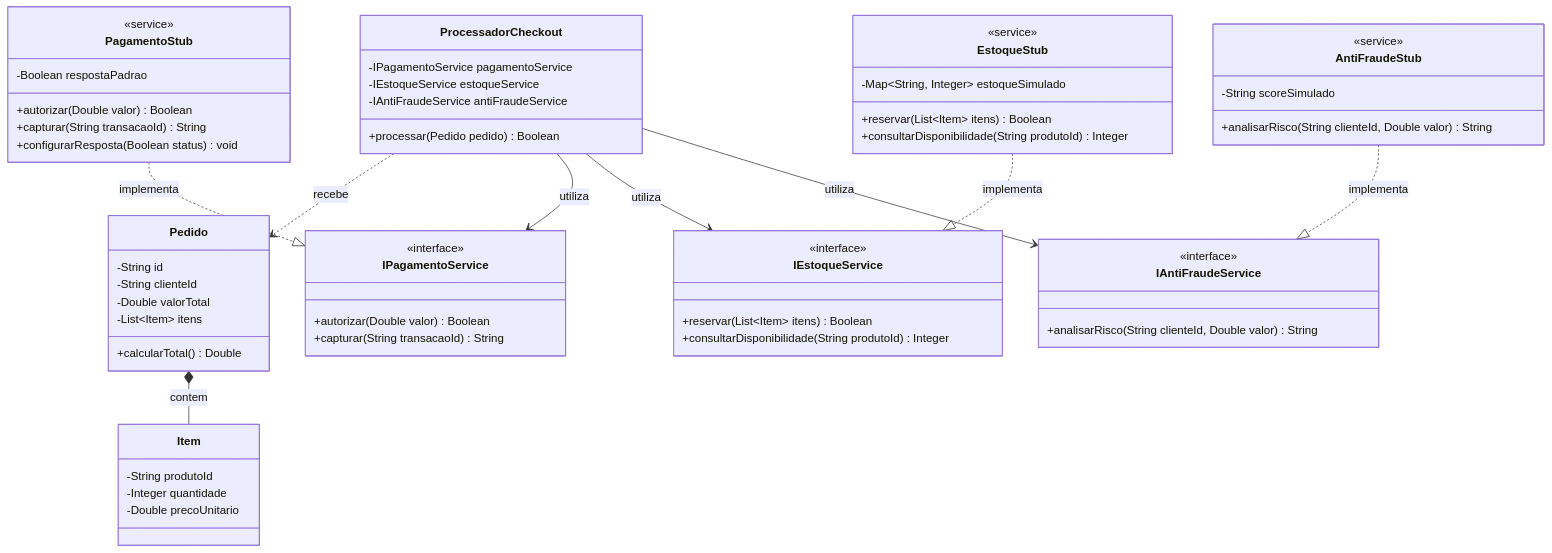
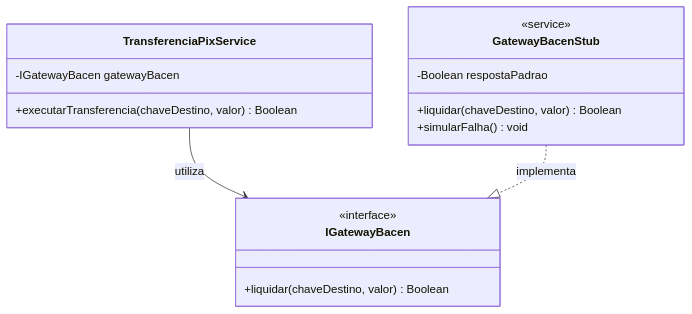
Before and after one commit to maxwellamaral/aula-eng-testes: the second of 2 diagrams in docs/02-gestao-qualidade/laboratorio.qmd, drawn with Mermaid. The commit also changed other lines of this file, not shown here.

Commit message:
refactor: update Top-Down integration example from E-commerce to Pix transfer domain

````diff
--- a/docs/02-gestao-qualidade/laboratorio.qmd
+++ b/docs/02-gestao-qualidade/laboratorio.qmd
@@ -176,71 +131,22 @@
 ```{mermaid}
 classDiagram
-    class Pedido {
-        -String id
-        -String clienteId
-        -Double valorTotal
-        -List~Item~ itens
-        +calcularTotal() Double
+    class TransferenciaPixService {
+        -IGatewayBacen gatewayBacen
+        +executarTransferencia(chaveDestino, valor) Boolean
     }
 
-    class Item {
-        -String produtoId
-        -Integer quantidade
-        -Double precoUnitario
+    class IGatewayBacen {
+        <<interface>>
+        +liquidar(chaveDestino, valor) Boolean
     }
 
-    class ProcessadorCheckout {
-        -IPagamentoService pagamentoService
-        -IEstoqueService estoqueService
-        -IAntiFraudeService antiFraudeService
-        +processar(Pedido pedido) Boolean
+    class GatewayBacenStub {
+        <<service>>
+        -Boolean respostaPadrao
+        +liquidar(chaveDestino, valor) Boolean
+        +simularFalha() void
     }
 
-    class IPagamentoService {
-        <<interface>>
-        +autorizar(Double valor) Boolean
-        +capturar(String transacaoId) String
-    }
-
-    class IEstoqueService {
-        <<interface>>
-        +reservar(List~Item~ itens) Boolean
-        +consultarDisponibilidade(String produtoId) Integer
-    }
-
-    class IAntiFraudeService {
-        <<interface>>
-        +analisarRisco(String clienteId, Double valor) String
-    }
-
-    class PagamentoStub {
-        <<service>>
-        -Boolean respostaPadrao
-        +autorizar(Double valor) Boolean
-        +capturar(String transacaoId) String
-        +configurarResposta(Boolean status) void
-    }
-
-    class EstoqueStub {
-        <<service>>
-        -Map~String, Integer~ estoqueSimulado
-        +reservar(List~Item~ itens) Boolean
-        +consultarDisponibilidade(String produtoId) Integer
-    }
-
-    class AntiFraudeStub {
-        <<service>>
-        -String scoreSimulado
-        +analisarRisco(String clienteId, Double valor) String
-    }
-
-    Pedido *-- Item : contem
-    ProcessadorCheckout ..> Pedido : recebe
-    ProcessadorCheckout --> IPagamentoService : utiliza
-    ProcessadorCheckout --> IEstoqueService : utiliza
-    ProcessadorCheckout --> IAntiFraudeService : utiliza
-
-    PagamentoStub ..|> IPagamentoService : implementa
-    EstoqueStub ..|> IEstoqueService : implementa
-    AntiFraudeStub ..|> IAntiFraudeService : implementa
+    TransferenciaPixService --> IGatewayBacen : utiliza
+    GatewayBacenStub ..|> IGatewayBacen : implementa
 ```
````
